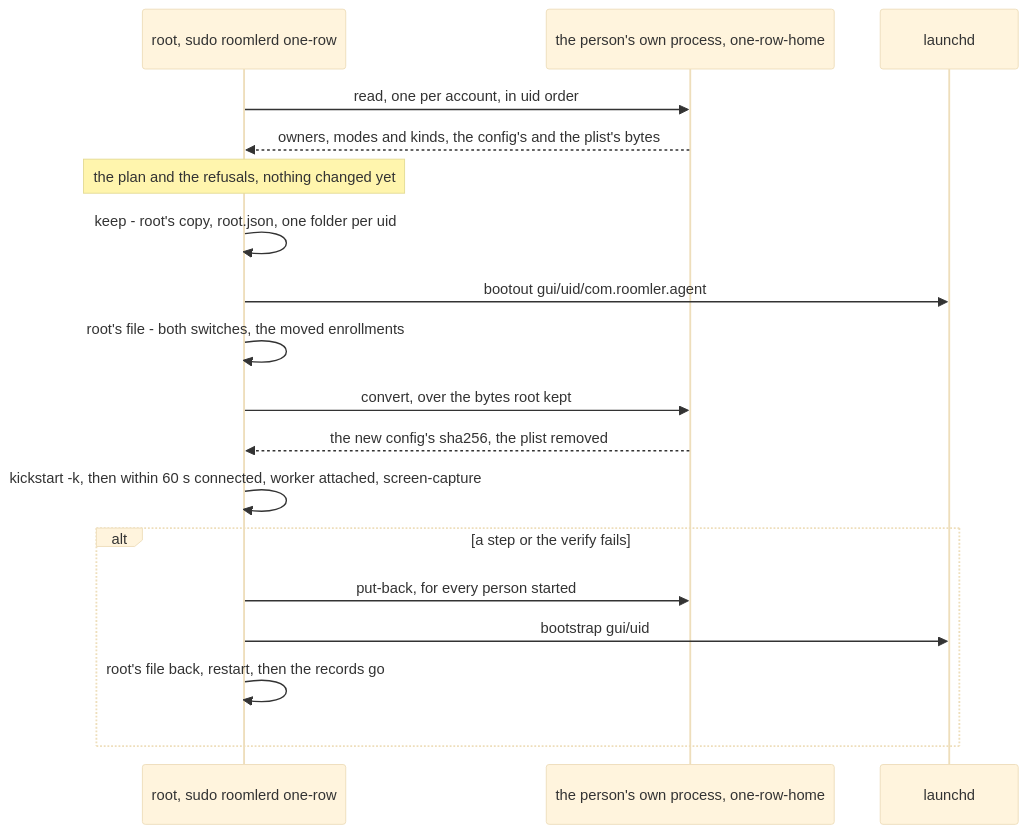
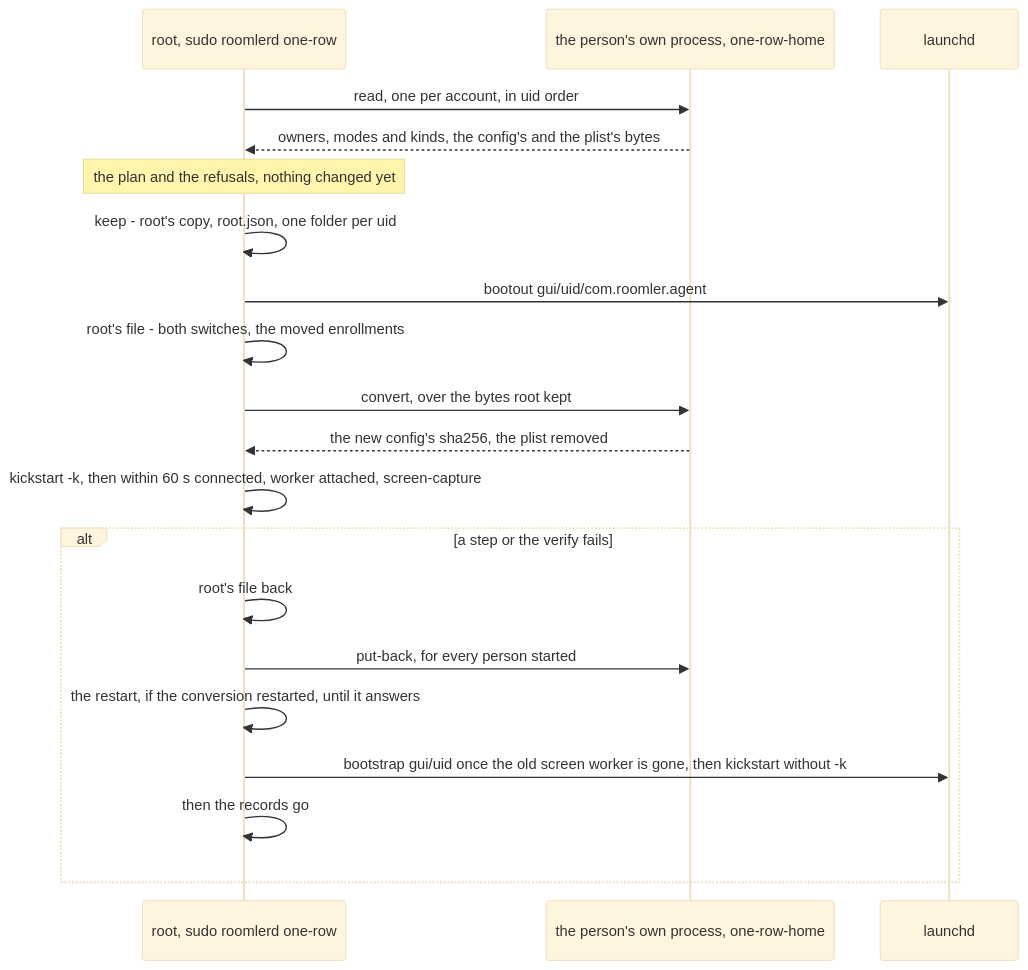
Diagram 19 of 24 in docs/installation.md (gjovanov/roomler-ai), drawn with Mermaid (base theme) before and after one commit. The commit also changed other lines of this file and 3 other files, not shown here.

````diff
--- a/docs/installation.md
+++ b/docs/installation.md
@@ -2471,20 +2471,22 @@
 ```mermaid
 sequenceDiagram
     participant R as root, sudo roomlerd one-row
     participant C as the person's own process, one-row-home
     participant D as launchd
     R->>C: read, one per account, in uid order
     C-->>R: owners, modes and kinds, the config's and the plist's bytes
     Note over R: the plan and the refusals, nothing changed yet
     R->>R: keep - root's copy, root.json, one folder per uid
     R->>D: bootout gui/uid/com.roomler.agent
     R->>R: root's file - both switches, the moved enrollments
     R->>C: convert, over the bytes root kept
     C-->>R: the new config's sha256, the plist removed
     R->>R: kickstart -k, then within 60 s connected, worker attached, screen-capture
     alt a step or the verify fails
+        R->>R: root's file back
         R->>C: put-back, for every person started
-        R->>D: bootstrap gui/uid
-        R->>R: root's file back, restart, then the records go
+        R->>R: the restart, if the conversion restarted, until it answers
+        R->>D: bootstrap gui/uid once the old screen worker is gone, then kickstart without -k
+        R->>R: then the records go
     end
 ```
````
